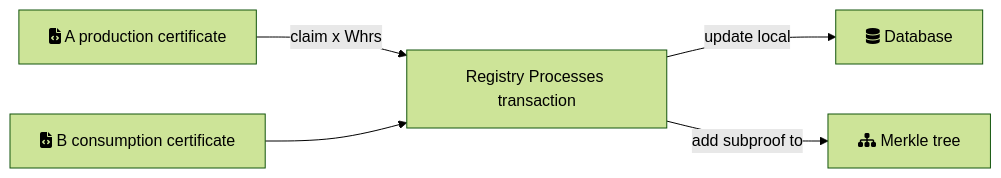
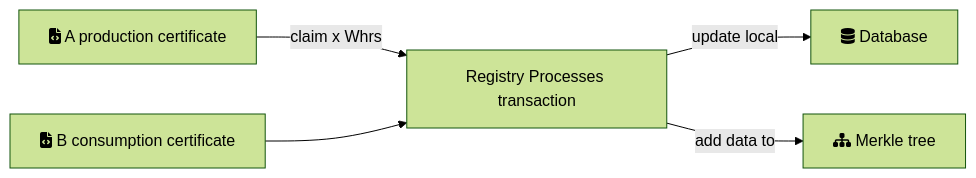
One commit to project-origin/registry changed the first of 2 diagrams in doc/concept/unique-proofs-using-tries-merkleproofs.md. Above: the diagram before and after it, drawn with Mermaid (forest theme).

Commit message:
changed the graphic chart to provide data to the tree instead of proof

````diff
--- a/doc/concept/unique-proofs-using-tries-merkleproofs.md
+++ b/doc/concept/unique-proofs-using-tries-merkleproofs.md
@@ -35,7 +35,7 @@
 ```mermaid
 graph LR
     A[fa:fa-file-code A production certificate ] -->|claim x Whrs| C(Go shopping)
     B[fa:fa-file-code B consumption certificate] --> C[Registry Processes transaction]
     C -->|update local| D[fa:fa-database Database]
-    C -->|add subproof to | E[fa:fa-sitemap Merkle tree ]
+    C -->|add data to | E[fa:fa-sitemap Merkle tree ]
 ```
````
